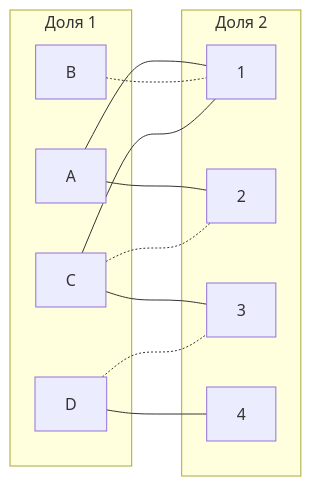
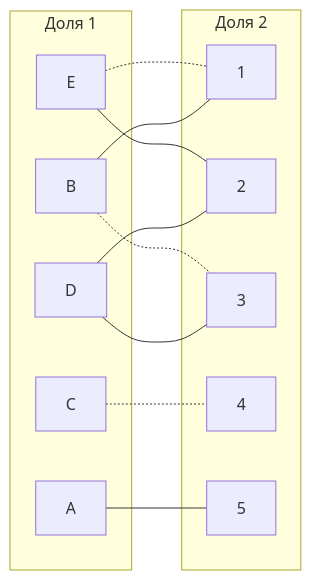
Before and after one commit to hse-algo-24-raven/manual-tasks-raven: the fourth of 12 diagrams in task-8/pustobek.md, drawn with Mermaid. The commit also changed other lines of this file, not shown here.

````diff
--- a/task-8/pustobek.md
+++ b/task-8/pustobek.md
@@ -132,23 +132,25 @@
 ```mermaid
 graph LR
     subgraph "Доля 1"
         A[A]
         B[B]
         C[C]
         D[D]
+        E[E]
     end
     subgraph "Доля 2"
         1[1]
         2[2]
         3[3]
         4[4]
+        5[5]
     end
-    A --- 1
-    A --- 2
-    B -.- 1
-    C --- 1
-    C -.- 2
-    C --- 3
-    D -.- 3
-    D --- 4
+    E -.- 1
+    E --- 2
+    B -.- 3
+    D --- 3
+    C -.- 4
+    A --- 5
+    B --- 1
+    D --- 2
 ```
````
